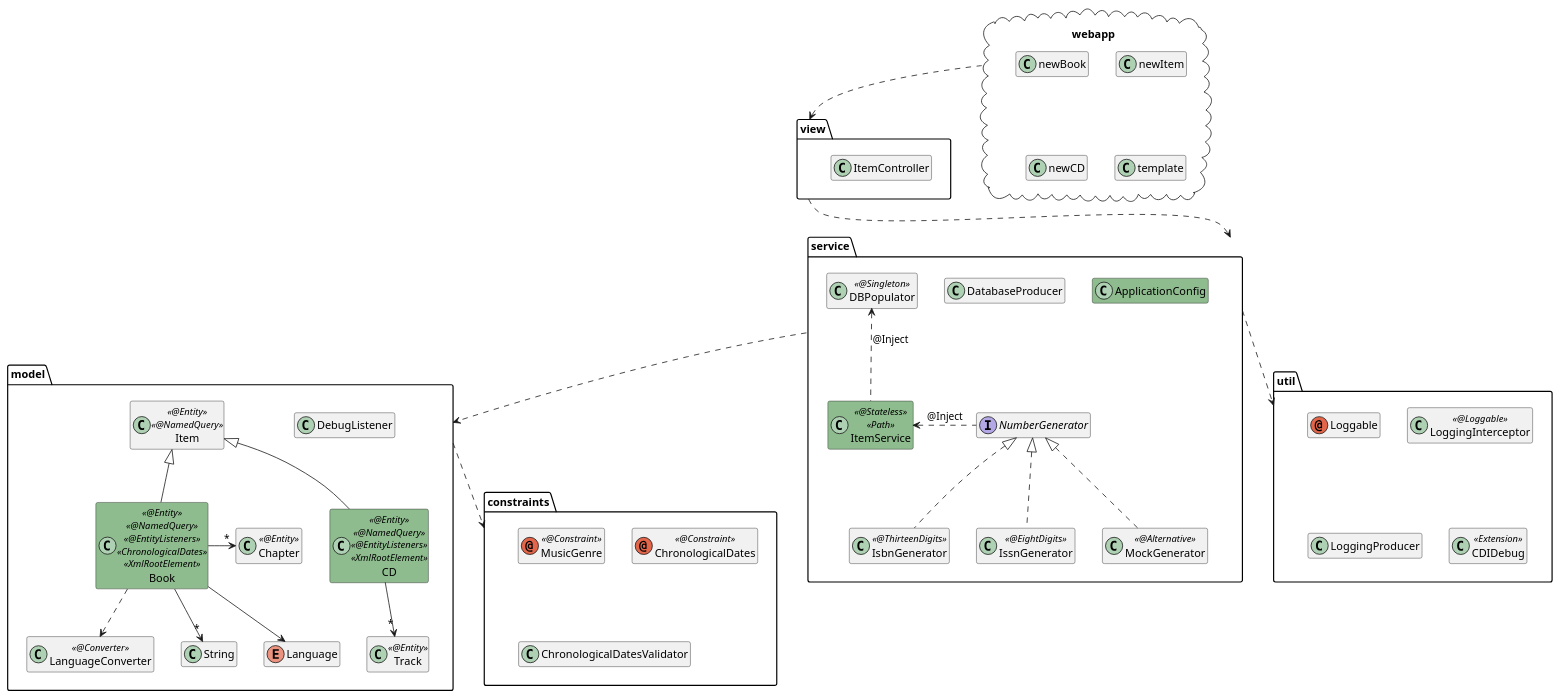
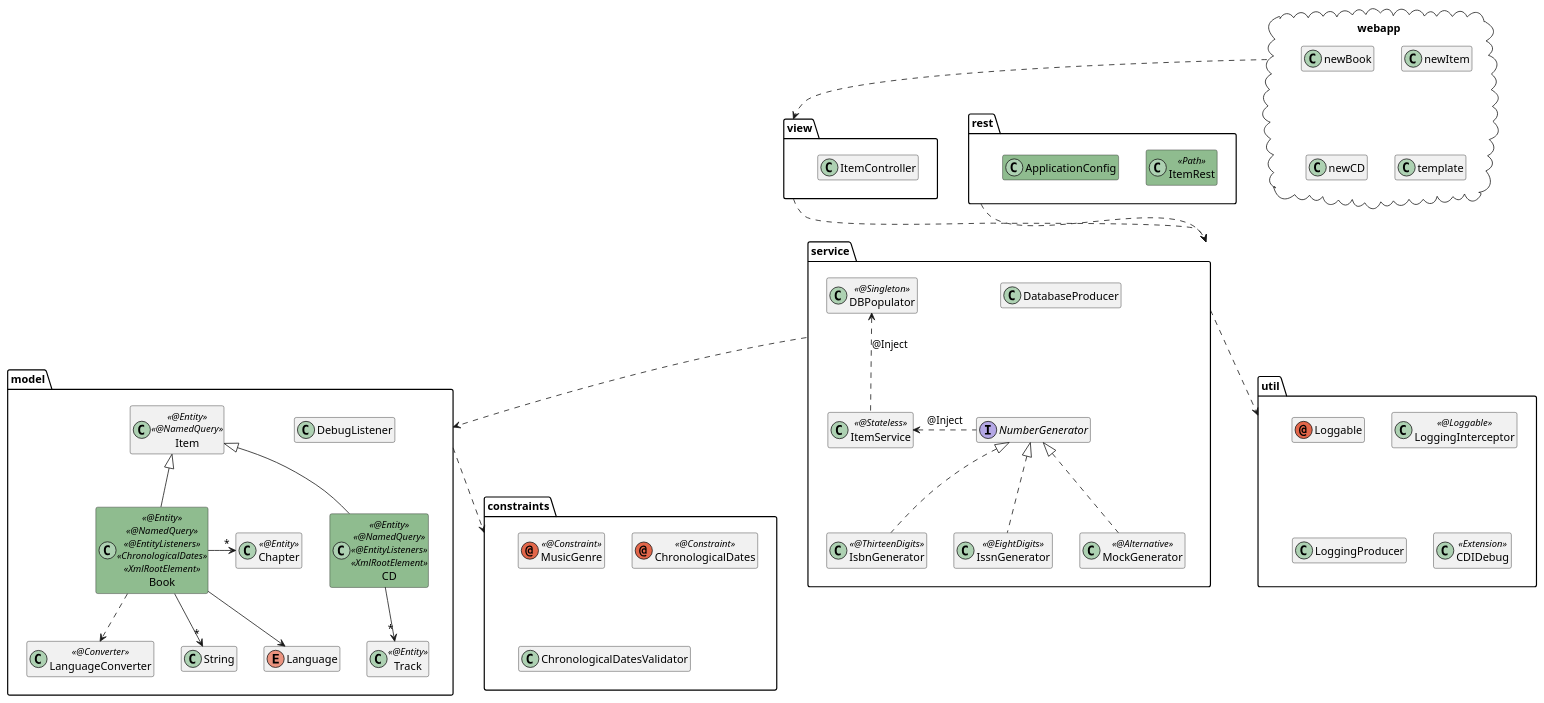
One commit to agoncal/agoncal-training-javaee7 changed the diagram in 16-JAXRS/demo16.puml. Above: the diagram before and after it, drawn with PlantUML. The commit also changed 52 other files, not shown here.

```diff
--- a/16-JAXRS/demo16.puml
+++ b/16-JAXRS/demo16.puml
@@ -1,72 +1,77 @@
 @startuml
 
 hide members
 
 package "webapp"  <<Cloud>> {
     class newItem
     class newBook
     class newCD
     class template
 }
 
 package "view"  {
     class ItemController
 }
 
+package "rest"  {
+    class ItemRest  << Path >> #8FBC8F
+    class ApplicationConfig #8FBC8F
+}
+
 package "service" {
     interface NumberGenerator
     class IsbnGenerator << @ThirteenDigits >>
     class IssnGenerator << @EightDigits >>
     class MockGenerator << @Alternative >>
-    class ItemService << @Stateless >> << Path >> #8FBC8F
-    class ApplicationConfig #8FBC8F
+    class ItemService << @Stateless >>
     class DatabaseProducer
     class DBPopulator << @Singleton >>
 
     ItemService <.right. NumberGenerator : @Inject
     DBPopulator <.down. ItemService : @Inject
     NumberGenerator <|.. IsbnGenerator
     NumberGenerator <|.. IssnGenerator
     NumberGenerator <|.. MockGenerator
 }
 
 package "model" {
     class DebugListener
     class Item << @Entity >> << @NamedQuery >>
     class CD << @Entity >> << @NamedQuery >> << @EntityListeners >> << XmlRootElement >> #8FBC8F
     class Track << @Entity >>
     class Chapter << @Entity >>
     class Book << @Entity >> << @NamedQuery >> << @EntityListeners >> << ChronologicalDates >> << XmlRootElement >> #8FBC8F
     class String
     enum Language
     class LanguageConverter << @Converter >>
 
     Item <|-- CD
     Item <|-- Book
     CD --> "*" Track
     Book --> "*" String
     Book -right-> "*" Chapter
     Book --> Language
     Book ..> LanguageConverter
 }
 
 package "constraints" {
     annotation MusicGenre << @Constraint >>
     annotation ChronologicalDates << @Constraint >>
     class ChronologicalDatesValidator
 }
 
 package "util" {
     annotation Loggable
     class LoggingInterceptor << @Loggable >>
     class LoggingProducer
     class CDIDebug << Extension >>
 }
 
 webapp ..> view
+rest ..> service
 view ..> service
 service ..> model
 service ..> util
 model ..> constraints
 
 @enduml
```
